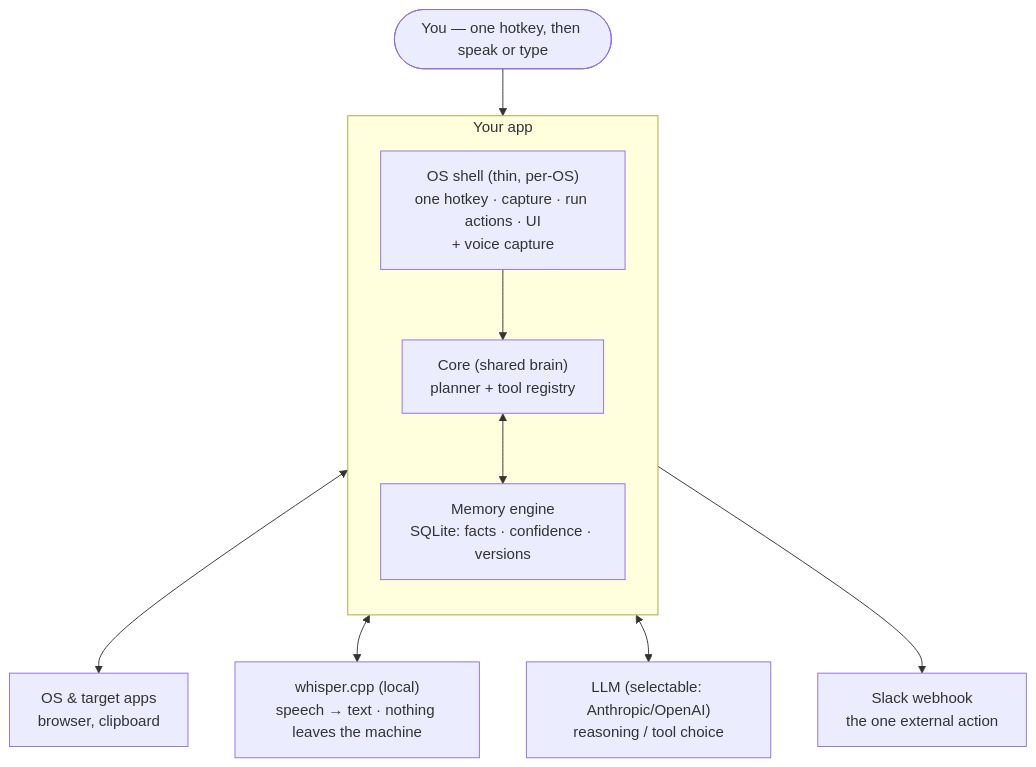
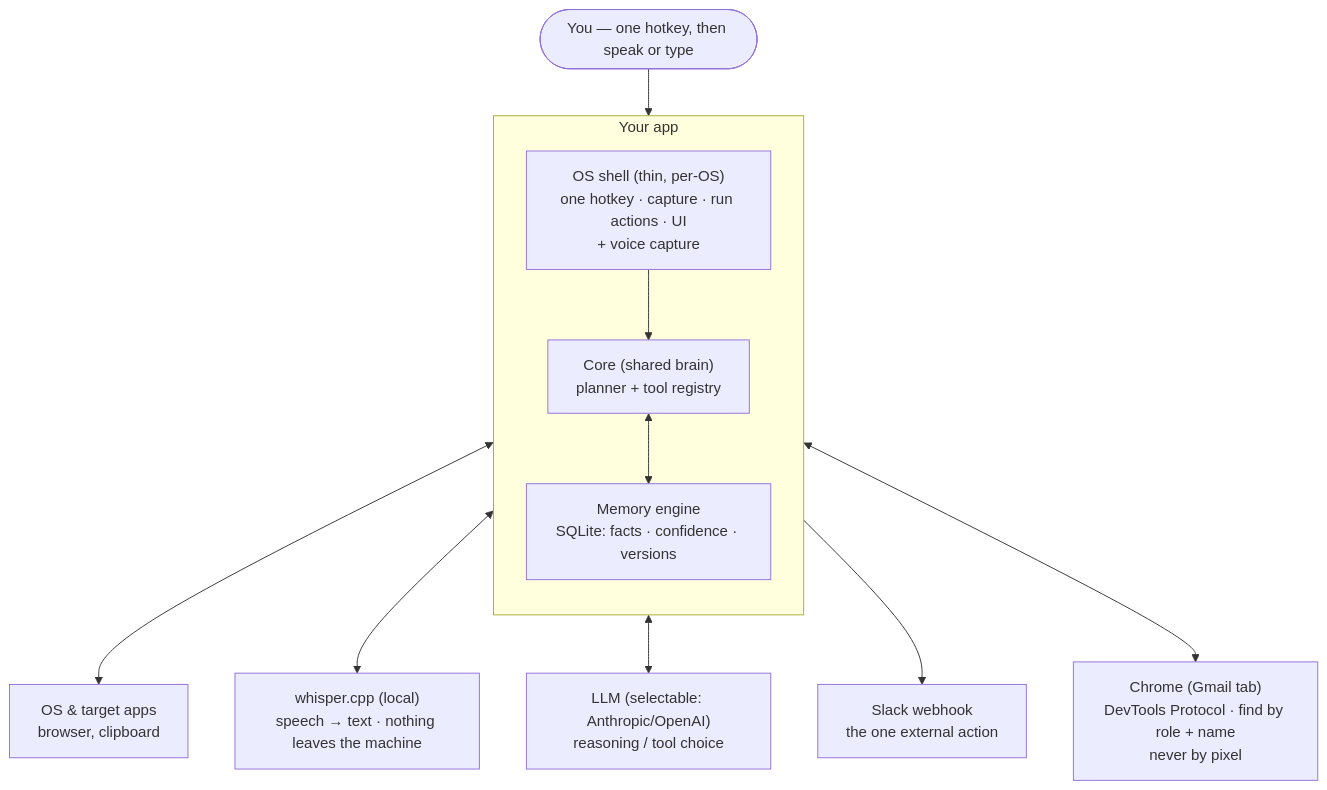
One commit to Sejall-089/voice-agent changed the first of 7 diagrams in ARCHITECTURE.md. Above: the diagram before and after it, drawn with Mermaid. The commit also changed other lines of this file and 36 other files, not shown here.

First line of the commit message:
M10: instruction-driven email reply, scoped to Gmail in Chrome

````diff
--- a/ARCHITECTURE.md
+++ b/ARCHITECTURE.md
@@ -28,24 +28,26 @@
 ```mermaid
 flowchart TB
     User(["You — one hotkey, then speak or type"])
 
     subgraph App["Your app"]
         direction TB
         Shell["OS shell (thin, per-OS)<br/>one hotkey · capture · run actions · UI<br/>+ voice capture"]
         Core["Core (shared brain)<br/>planner + tool registry"]
         Memory["Memory engine<br/>SQLite: facts · confidence · versions"]
         Shell --> Core
         Core <--> Memory
     end
 
     Whisper["whisper.cpp (local)<br/>speech → text · nothing leaves the machine"]
+    Chrome["Chrome (Gmail tab)<br/>DevTools Protocol · find by role + name<br/>never by pixel"]
     LLM["LLM (selectable: Anthropic/OpenAI)<br/>reasoning / tool choice"]
     Slack["Slack webhook<br/>the one external action"]
     OS["OS &amp; target apps<br/>browser, clipboard"]
 
     User --> Shell
     Shell <--> OS
     Shell <--> Whisper
     Core <--> LLM
     Core --> Slack
+    Core <--> Chrome
 ```
````
